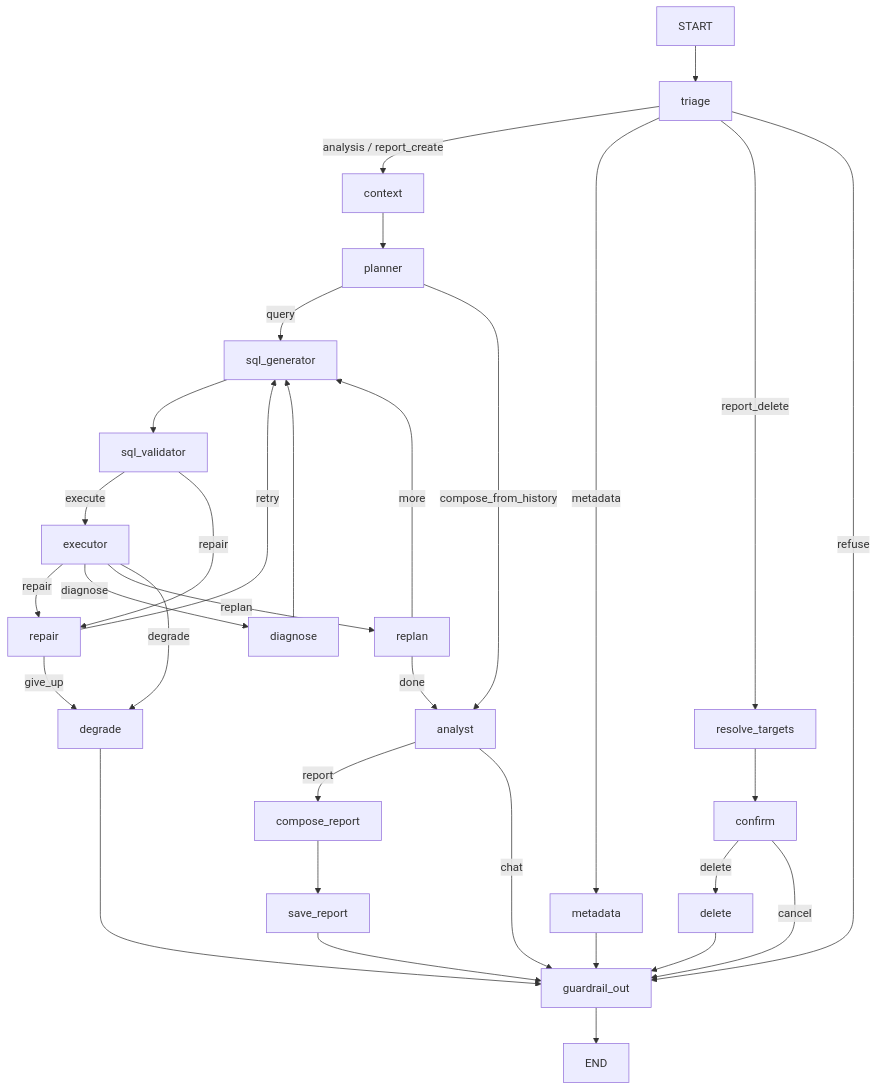
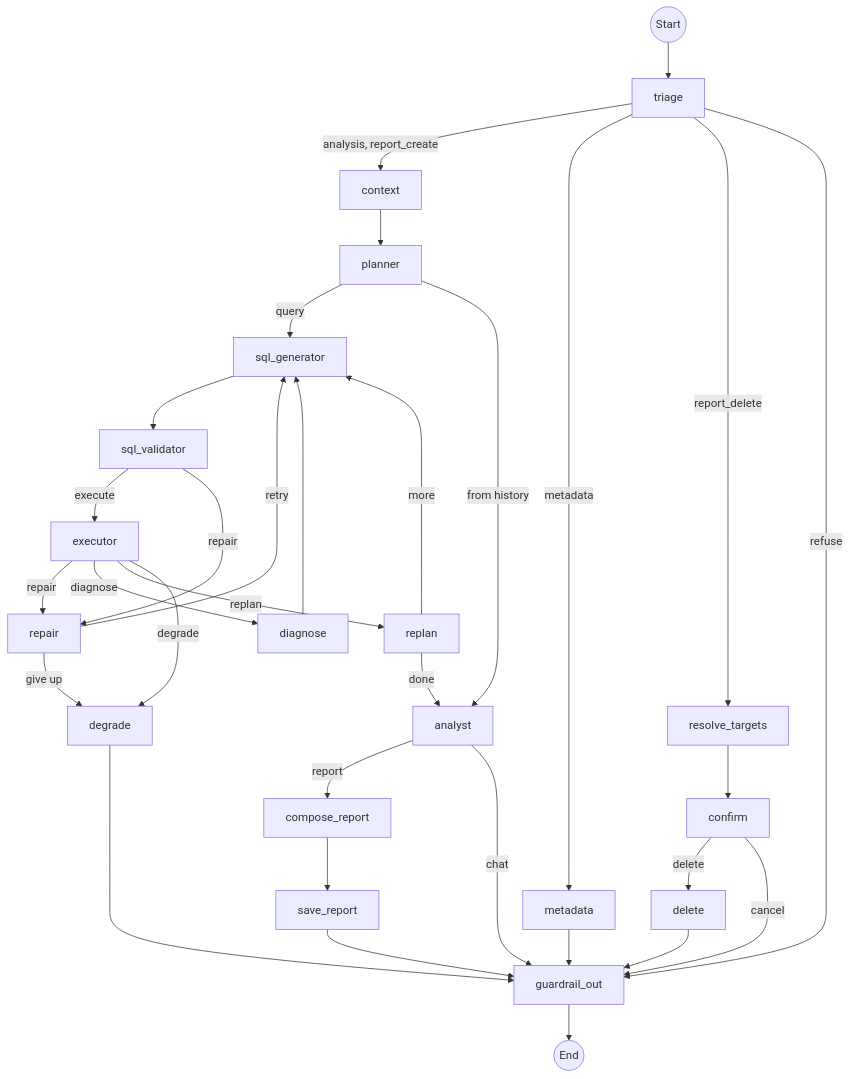
Before and after one commit to yerna2772/retail-analytics-agent: the diagram in README.md, drawn with Mermaid. The commit also changed 1 other file, not shown here.

Commit message:
Fix Mermaid diagrams for GitHub rendering
Replace bare START/END keywords with shaped nodes, quote edge labels
containing special characters.

````diff
--- a/README.md
+++ b/README.md
@@ -9,42 +9,42 @@
 ```mermaid
 graph TD
-    START --> triage
-    triage -->|analysis / report_create| context
+    S((Start)) --> triage
+    triage -->|"analysis, report_create"| context
     triage -->|metadata| metadata
     triage -->|report_delete| resolve_targets
     triage -->|refuse| guardrail_out
 
     context --> planner
     planner -->|query| sql_generator
-    planner -->|compose_from_history| analyst
+    planner -->|from history| analyst
 
     sql_generator --> sql_validator
     sql_validator -->|execute| executor
     sql_validator -->|repair| repair
 
     executor -->|repair| repair
     executor -->|diagnose| diagnose
     executor -->|replan| replan
     executor -->|degrade| degrade
 
     repair -->|retry| sql_generator
-    repair -->|give_up| degrade
+    repair -->|give up| degrade
     diagnose --> sql_generator
 
     replan -->|more| sql_generator
     replan -->|done| analyst
 
     analyst -->|report| compose_report
     analyst -->|chat| guardrail_out
     compose_report --> save_report
     save_report --> guardrail_out
 
     resolve_targets --> confirm
     confirm -->|delete| delete
     confirm -->|cancel| guardrail_out
     delete --> guardrail_out
 
     metadata --> guardrail_out
     degrade --> guardrail_out
-    guardrail_out --> END
+    guardrail_out --> E((End))
 ```
````
